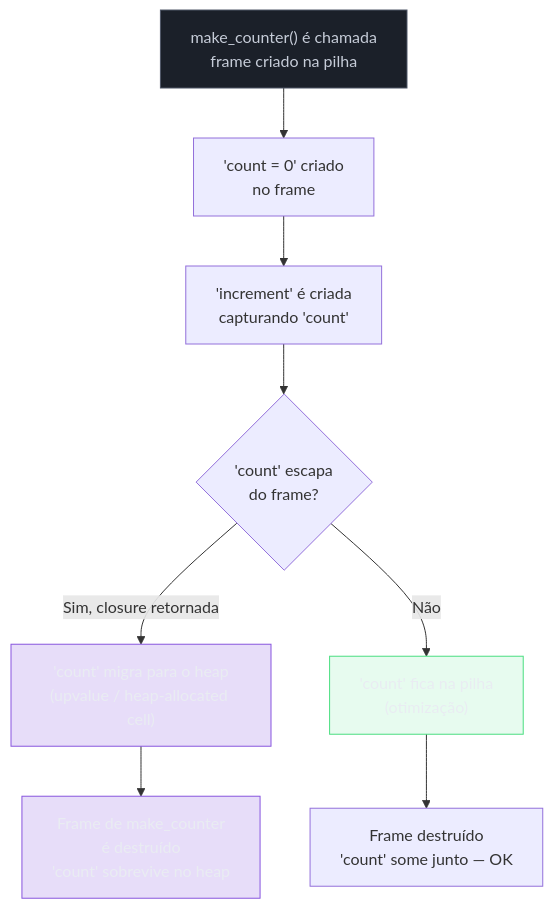
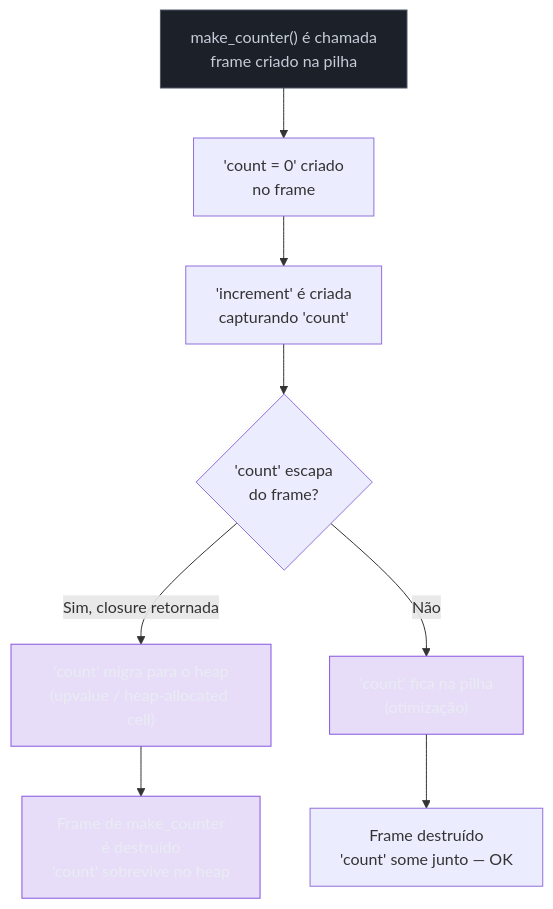
The fifth of 5 diagrams in 03-Dominios/Ciência/Compiladores e Linguagens/15 - Runtime, stack frames e gestão de memória.md (josenaldo/codex-technomanticus), drawn with Mermaid before and after one commit. The commit also changed other lines of this file and 601 other files, not shown here.

````diff
--- a/03-Dominios/Ciência/Compiladores e Linguagens/15 - Runtime, stack frames e gestão de memória.md
+++ b/03-Dominios/Ciência/Compiladores e Linguagens/15 - Runtime, stack frames e gestão de memória.md
@@ -399,18 +398,17 @@
 ```mermaid
 flowchart TD
     classDef neutro fill:#1B2029,stroke:#4E5666,color:#C6CCD8
     classDef marca fill:#8855DF33,stroke:#8855DF,color:#E9ECF2
-    classDef ok fill:#4ADE8021,stroke:#4ADE80,color:#E9ECF2
     A["make_counter() é chamada\nframe criado na pilha"] --> B["'count = 0' criado\nno frame"]
     B --> C["'increment' é criada\ncapturando 'count'"]
     C --> D{"'count' escapa\ndo frame?"}
     D -->|Sim, closure retornada| E["'count' migra para o heap\n(upvalue / heap-allocated cell)"]
     D -->|Não| F["'count' fica na pilha\n(otimização)"]
     E --> G["Frame de make_counter\né destruído\n'count' sobrevive no heap"]
     F --> H["Frame destruído\n'count' some junto — OK"]
 
     class A neutro
     class E marca
-    class F ok
+    class F marca
     class G marca
 ```
````
